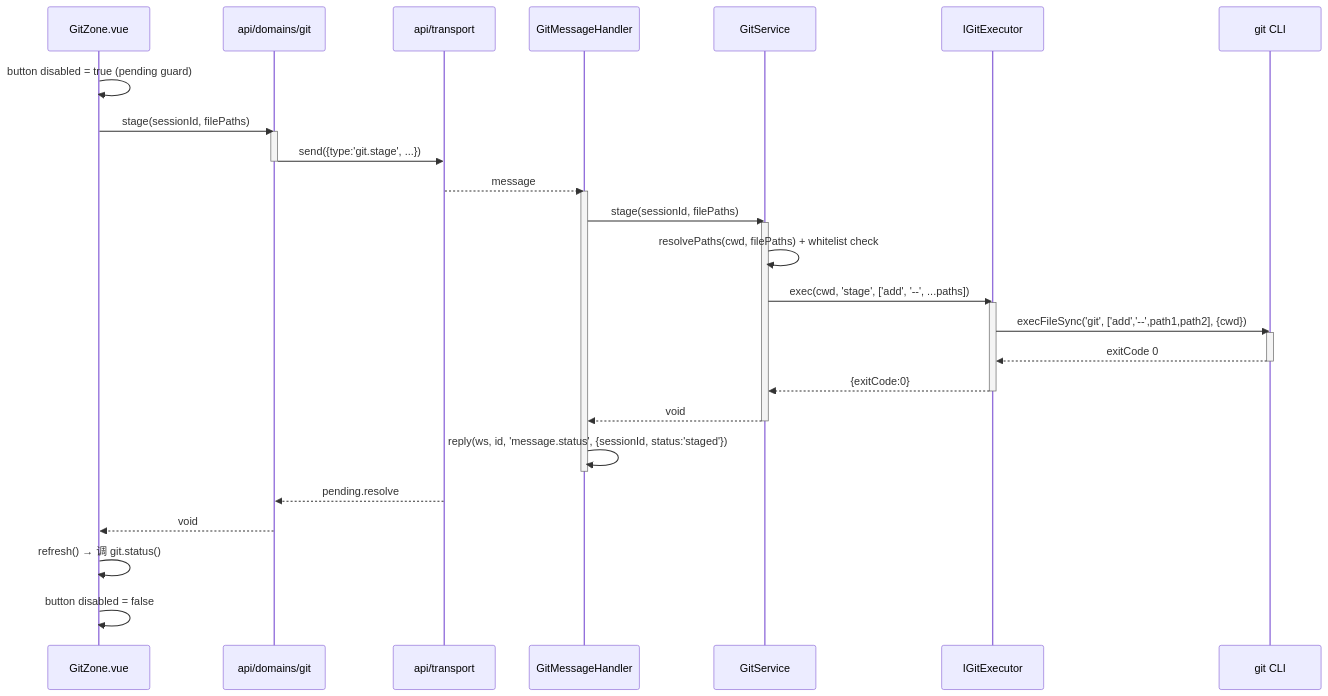
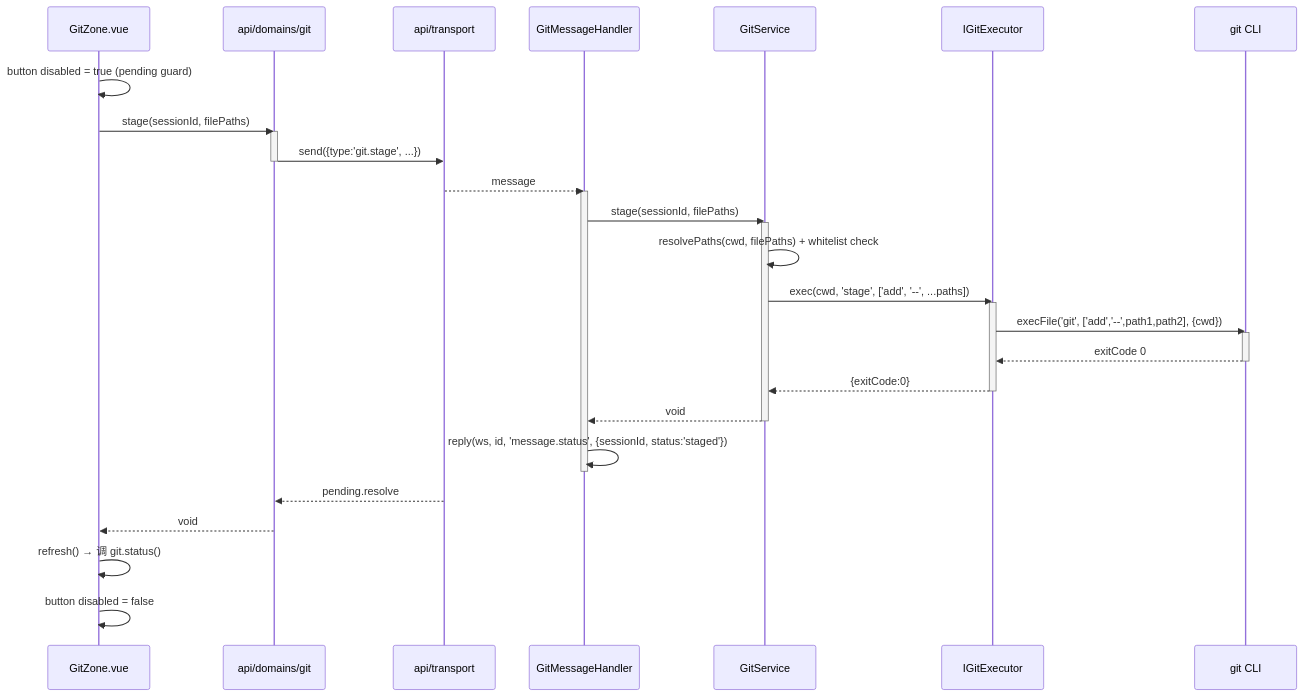
Before and after one commit to zhushanwen321/xyz-agent: the third of 17 diagrams in .xyz-harness/2026-06-23-render-runtime-integration/code-architecture.md, drawn with Mermaid. The commit also changed other lines of this file and 9 other files, not shown here.

````diff
--- a/.xyz-harness/2026-06-23-render-runtime-integration/code-architecture.md
+++ b/.xyz-harness/2026-06-23-render-runtime-integration/code-architecture.md
@@ -434,37 +434,37 @@
 ```mermaid
 sequenceDiagram
     participant GZ as GitZone.vue
     participant GD as api/domains/git
     participant T as api/transport
     participant GH as GitMessageHandler
     participant GS as GitService
     participant GE as IGitExecutor
     participant Git as git CLI
 
     GZ->>GZ: button disabled = true (pending guard)
     GZ->>GD: stage(sessionId, filePaths)
     activate GD
     GD->>T: send({type:'git.stage', ...})
     deactivate GD
     T-->>GH: message
     activate GH
     GH->>GS: stage(sessionId, filePaths)
     activate GS
     GS->>GS: resolvePaths(cwd, filePaths) + whitelist check
     GS->>GE: exec(cwd, 'stage', ['add', '--', ...paths])
     activate GE
-    GE->>Git: execFileSync('git', ['add','--',path1,path2], {cwd})
+    GE->>Git: execFile('git', ['add','--',path1,path2], {cwd})
     activate Git
     Git-->>GE: exitCode 0
     deactivate Git
     GE-->>GS: {exitCode:0}
     deactivate GE
     GS-->>GH: void
     deactivate GS
     GH->>GH: reply(ws, id, 'message.status', {sessionId, status:'staged'})
     deactivate GH
     T-->>GD: pending.resolve
     GD-->>GZ: void
     GZ->>GZ: refresh() → 调 git.status()
     GZ->>GZ: button disabled = false
 ```
````
